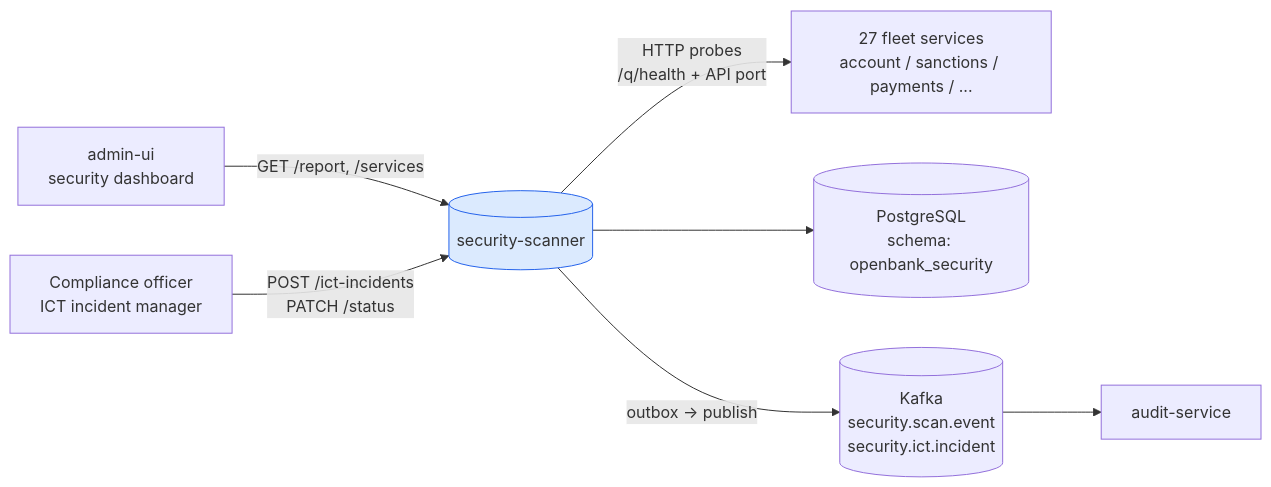
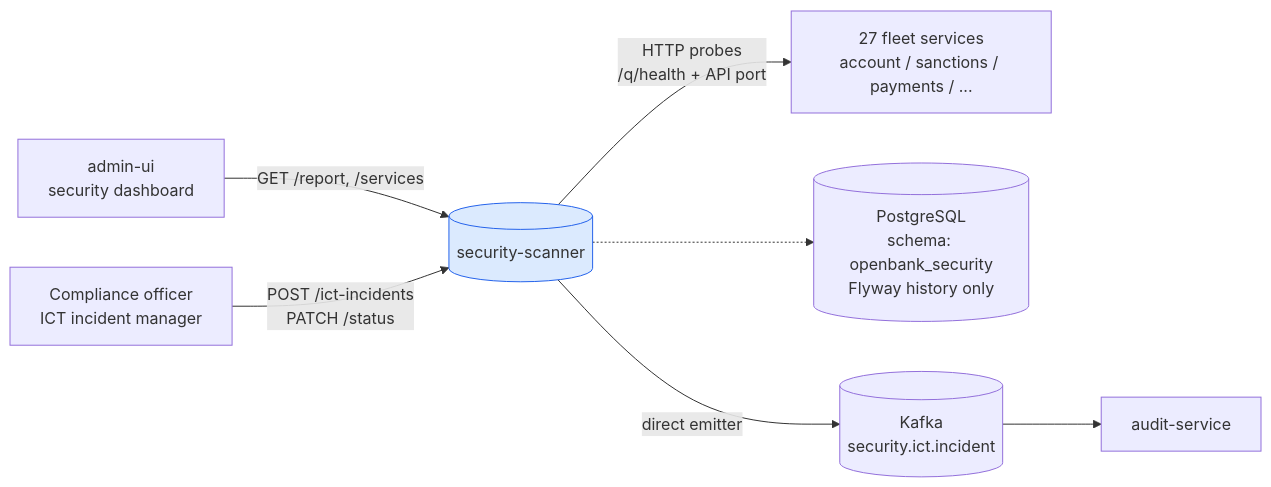
The first of 2 diagrams in openbank-security-scanner/src/main/resources/docs/02-architecture.en.md (JiRaska/open-bank-oss), drawn with Mermaid before and after one commit. The commit also changed other lines of this file and 28 other files, not shown here.

````diff
--- a/openbank-security-scanner/src/main/resources/docs/02-architecture.en.md
+++ b/openbank-security-scanner/src/main/resources/docs/02-architecture.en.md
@@ -5,20 +5,20 @@
 ```mermaid
 graph LR
   admin[admin-ui<br/>security dashboard]
   ops[Compliance officer<br/>ICT incident manager]
   audit[audit-service]
   fleet[27 fleet services<br/>account / sanctions / payments / ...]
 
   scanner[(security-scanner)]:::svc
-  db[(PostgreSQL<br/>schema: openbank_security)]
-  kafka[(Kafka<br/>security.scan.event<br/>security.ict.incident)]
+  db[(PostgreSQL<br/>schema: openbank_security<br/>Flyway history only)]
+  kafka[(Kafka<br/>security.ict.incident)]
 
   admin -- "GET /report, /services" --> scanner
   ops -- "POST /ict-incidents<br/>PATCH /status" --> scanner
   scanner -- "HTTP probes<br/>/q/health + API port" --> fleet
-  scanner --> db
-  scanner -- "outbox → publish" --> kafka
+  scanner -.-> db
+  scanner -- "direct emitter" --> kafka
   kafka --> audit
 
   classDef svc fill:#dbeafe,stroke:#2563eb
 ```
````
